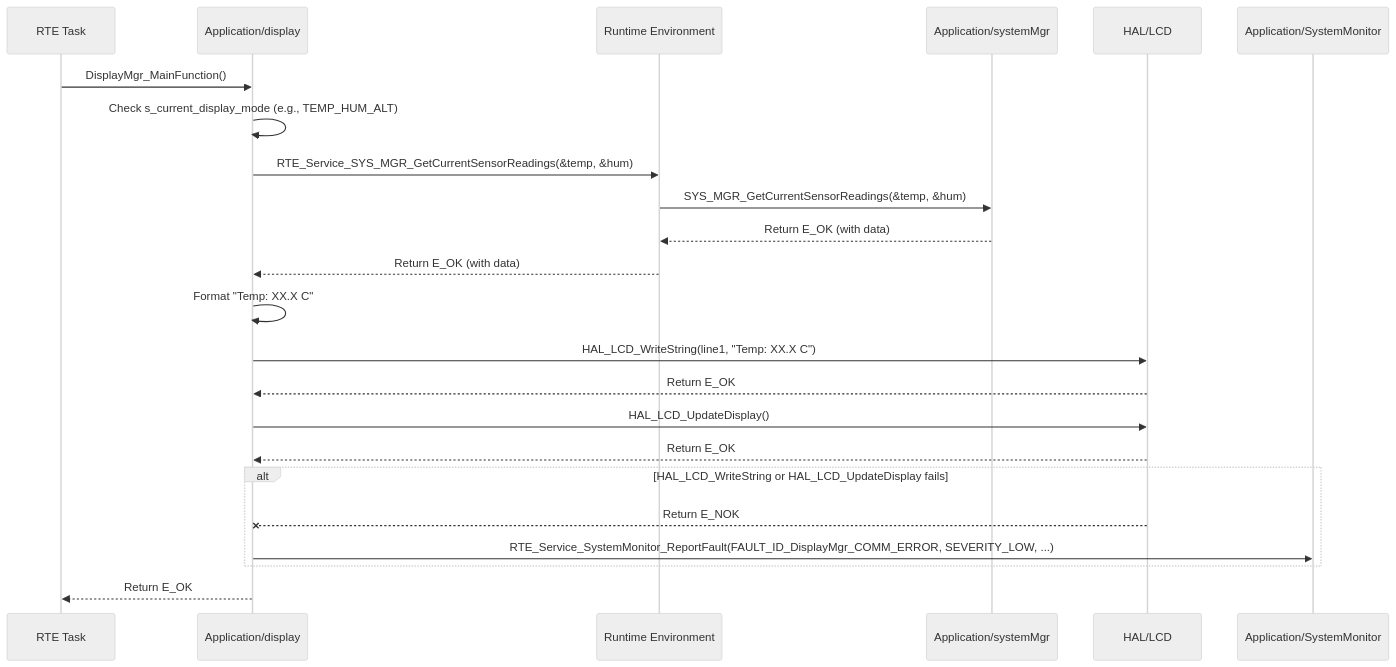
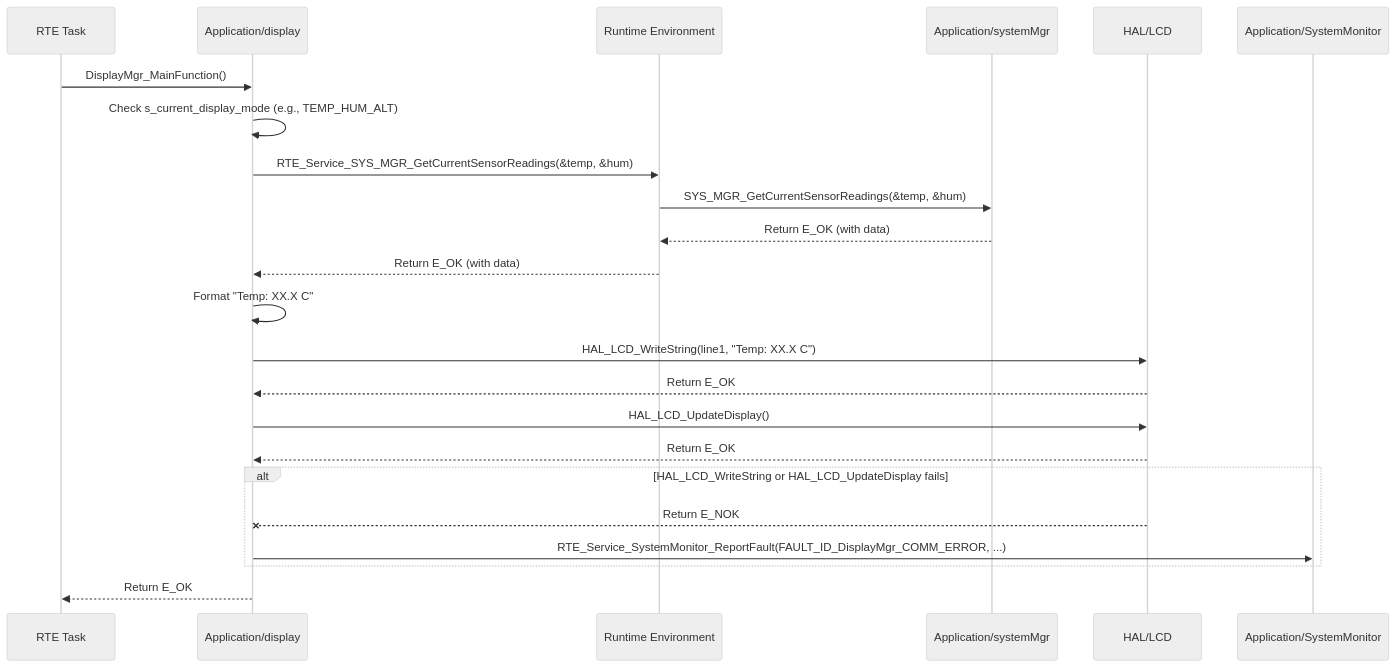
Before and after one commit to ashaker-2/Platform: the diagram in Requiremets/Design/Application/DisplayMgr.md, drawn with Mermaid (neutral theme). The commit also changed other lines of this file and 79 other files, not shown here.

````diff
--- a/Requiremets/Design/Application/DisplayMgr.md
+++ b/Requiremets/Design/Application/DisplayMgr.md
@@ -199,26 +204,26 @@
 ```mermaid
 sequenceDiagram  
     participant RTE_DisplayAlarmTask as RTE Task  
     participant Display as Application/display  
     participant RTE as Runtime Environment  
     participant SystemMgr as Application/systemMgr  
     participant HAL_LCD as HAL/LCD  
     participant SystemMonitor as Application/SystemMonitor
 
     RTE_DisplayAlarmTask->>Display: DisplayMgr_MainFunction()  
     Display->>Display: Check s_current_display_mode (e.g., TEMP_HUM_ALT)  
     Display->>RTE: RTE_Service_SYS_MGR_GetCurrentSensorReadings(&temp, &hum)  
     RTE->>SystemMgr: SYS_MGR_GetCurrentSensorReadings(&temp, &hum)  
     SystemMgr-->>RTE: Return E_OK (with data)  
     RTE-->>Display: Return E_OK (with data)  
     Display->>Display: Format "Temp: XX.X C"  
     Display->>HAL_LCD: HAL_LCD_WriteString(line1, "Temp: XX.X C")  
     HAL_LCD-->>Display: Return E_OK  
     Display->>HAL_LCD: HAL_LCD_UpdateDisplay()  
     HAL_LCD-->>Display: Return E_OK  
     alt HAL_LCD_WriteString or HAL_LCD_UpdateDisplay fails  
         HAL_LCD--xDisplay: Return E_NOK  
-        Display->>SystemMonitor: RTE_Service_SystemMonitor_ReportFault(FAULT_ID_DisplayMgr_COMM_ERROR, SEVERITY_LOW, ...)  
+        Display->>SystemMonitor: RTE_Service_SystemMonitor_ReportFault(FAULT_ID_DisplayMgr_COMM_ERROR,  ...)  
     end  
     Display-->>RTE_DisplayAlarmTask: Return E_OK
 ```
````
